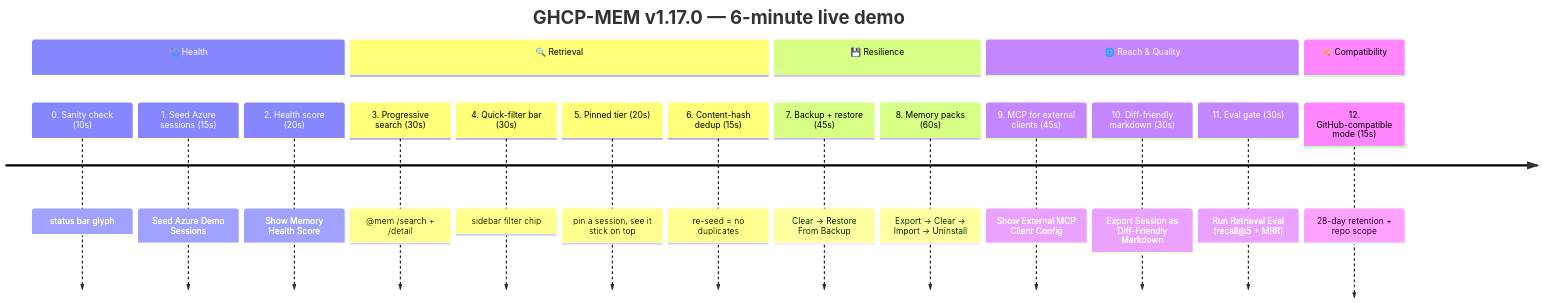
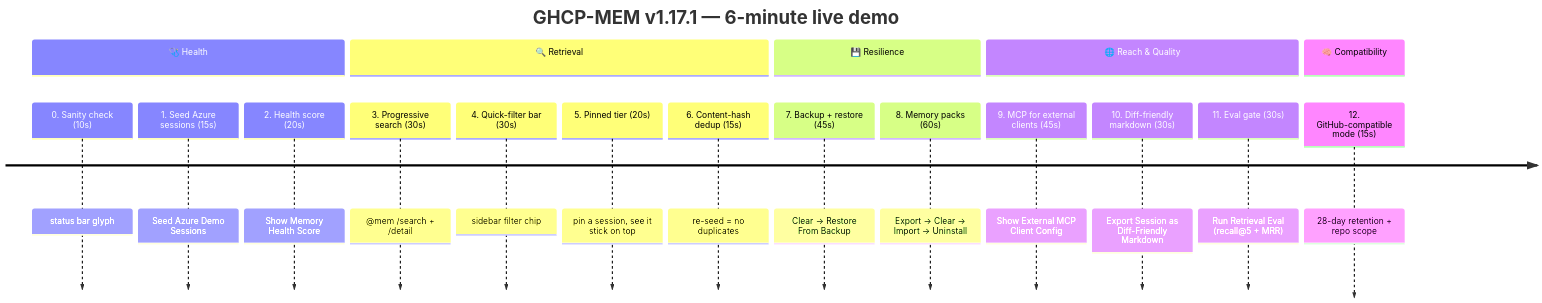
The first of 5 diagrams in docs/DEMO.md (ITcredibl/ghcp-mem), drawn with Mermaid before and after one commit. The commit also changed other lines of this file and 7 other files, not shown here.

````diff
--- a/docs/DEMO.md
+++ b/docs/DEMO.md
@@ -20,22 +20,22 @@
 ```mermaid
 timeline
-    title GHCP-MEM v1.17.0 — 6-minute live demo
+    title GHCP-MEM v1.17.1 — 6-minute live demo
     section 🩺 Health
         0. Sanity check (10s)              : status bar glyph
         1. Seed Azure sessions (15s)       : Seed Azure Demo Sessions
         2. Health score (20s)              : Show Memory Health Score
     section 🔍 Retrieval
         3. Progressive search (30s)        : @mem /search + /detail
         4. Quick-filter bar (30s)          : sidebar filter chip
         5. Pinned tier (20s)               : pin a session, see it stick on top
         6. Content-hash dedup (15s)        : re-seed = no duplicates
     section 💾 Resilience
         7. Backup + restore (45s)          : Clear → Restore From Backup
         8. Memory packs (60s)              : Export → Clear → Import → Uninstall
     section 🌐 Reach & Quality
         9. MCP for external clients (45s)  : Show External MCP Client Config
         10. Diff-friendly markdown (30s)   : Export Session as Diff-Friendly Markdown
         11. Eval gate (30s)                : Run Retrieval Eval (recall@5 + MRR)
     section 🧠 Compatibility
         12. GitHub-compatible mode (15s)   : 28-day retention + repo scope
 ```
````
